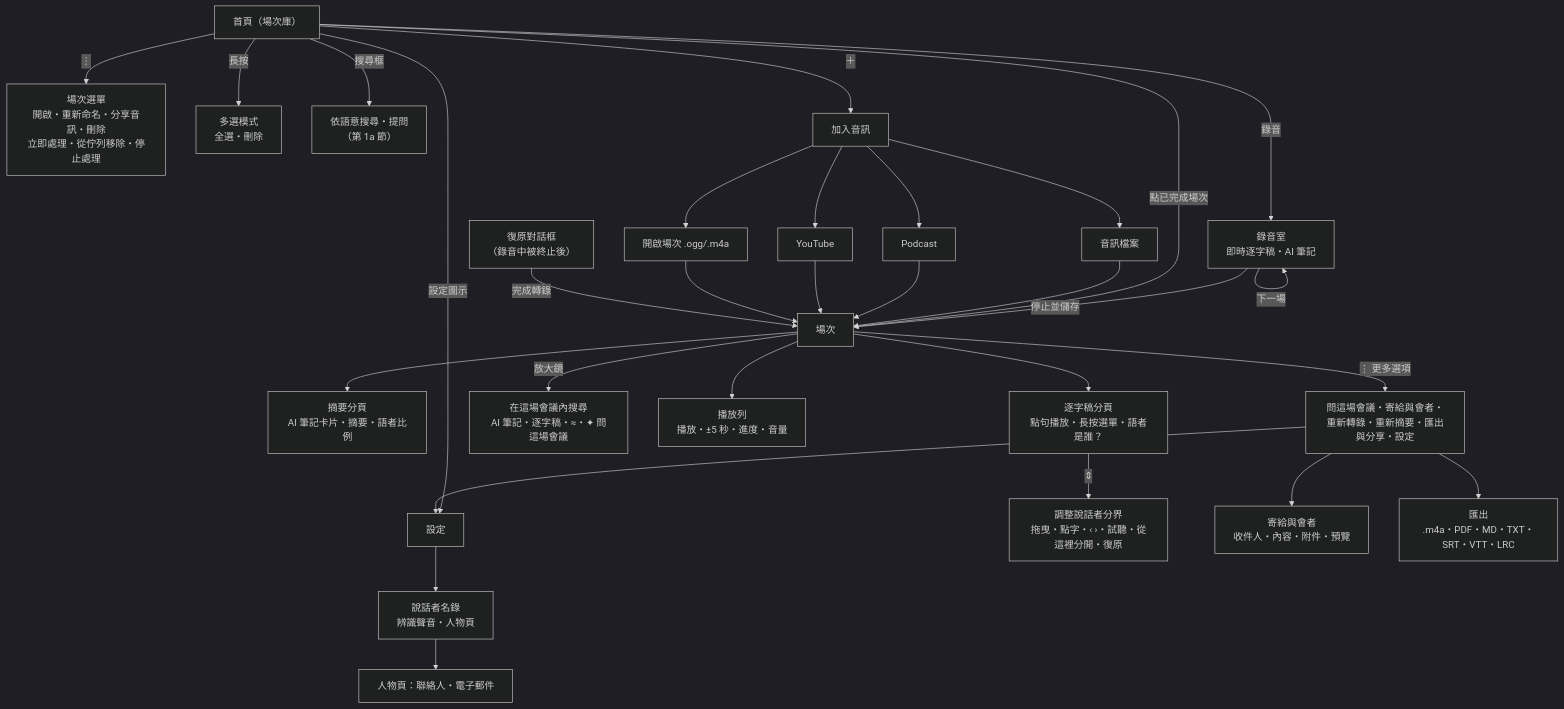
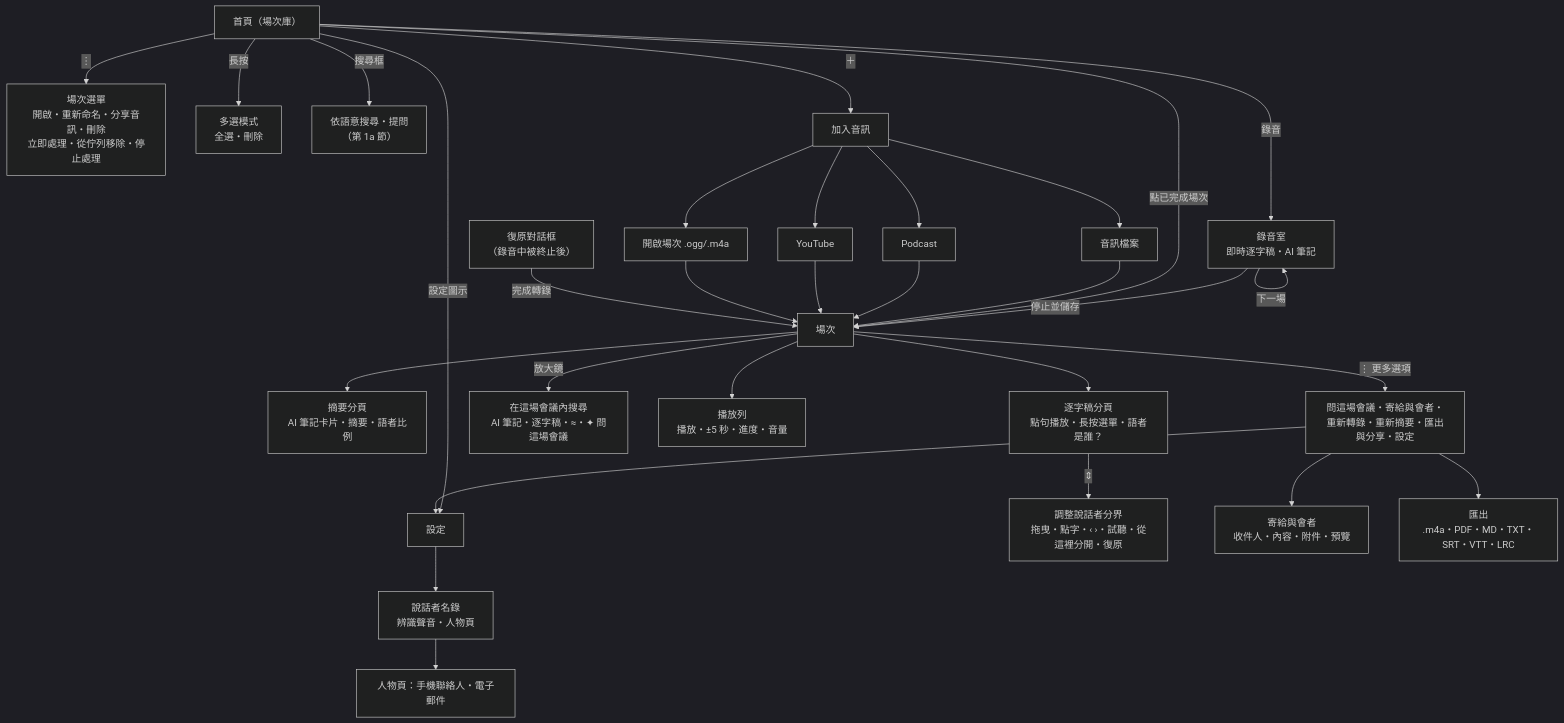
The diagram in docs/USER_GUIDE.md (vieenrose/PrimeMinutes), drawn with Mermaid (dark theme) before and after one commit. The commit also changed other lines of this file and 39 other files, not shown here.

````diff
--- a/docs/USER_GUIDE.md
+++ b/docs/USER_GUIDE.md
@@ -12,33 +12,33 @@
 ```mermaid
 flowchart TD
     Home["首頁（場次庫）"]
     Home -->|"⋮"| RowMenu["場次選單<br/>開啟・重新命名・分享音訊・刪除<br/>立即處理・從佇列移除・停止處理"]
     Home -->|長按| Select["多選模式<br/>全選・刪除"]
     Home -->|搜尋框| Search["依語意搜尋・提問<br/>（第 1a 節）"]
     Home -->|＋| Add["加入音訊"]
     Add --> File["音訊檔案"]
     Add --> Podcast["Podcast"]
     Add --> YouTube["YouTube"]
     Add --> Open["開啟場次 .ogg/.m4a"]
     Home -->|設定圖示| Settings["設定"]
     Home -->|錄音| Booth["錄音室<br/>即時逐字稿・AI 筆記"]
     Booth -->|下一場| Booth
     Booth -->|停止並儲存| Session
     Home -->|點已完成場次| Session["場次"]
     File --> Session
     Podcast --> Session
     YouTube --> Session
     Open --> Session
     Session --> Summary["摘要分頁<br/>AI 筆記卡片・摘要・語者比例"]
     Settings --> People["說話者名錄<br/>辨識聲音・人物頁"]
-    People --> Contact["人物頁：聯絡人・電子郵件"]
+    People --> Contact["人物頁：手機聯絡人・電子郵件"]
     Session --> Transcript["逐字稿分頁<br/>點句播放・長按選單・語者是誰？"]
     Session -->|"放大鏡"| InSearch["在這場會議內搜尋<br/>AI 筆記・逐字稿・≈・✦ 問這場會議"]
     Transcript -->|"⇕"| Boundary["調整說話者分界<br/>拖曳・點字・‹ ›・試聽・從這裡分開・復原"]
     Session --> Player["播放列<br/>播放・±5 秒・進度・音量"]
     Session -->|"⋮ 更多選項"| More["問這場會議・寄給與會者・重新轉錄・重新摘要・匯出與分享・設定"]
     More --> Mail["寄給與會者<br/>收件人・內容・附件・預覽"]
     More --> Export["匯出<br/>.m4a・PDF・MD・TXT・SRT・VTT・LRC"]
     More --> Settings
     Recovery["復原對話框<br/>（錄音中被終止後）"] -->|完成轉錄| Session
 ```
````
